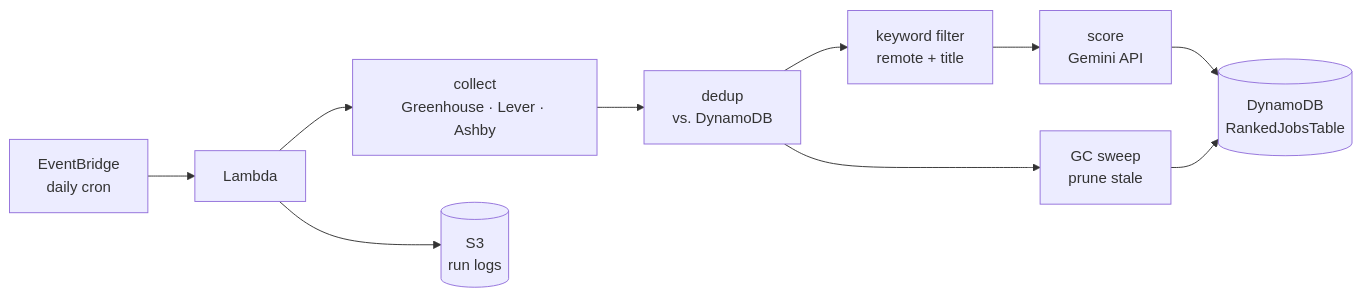
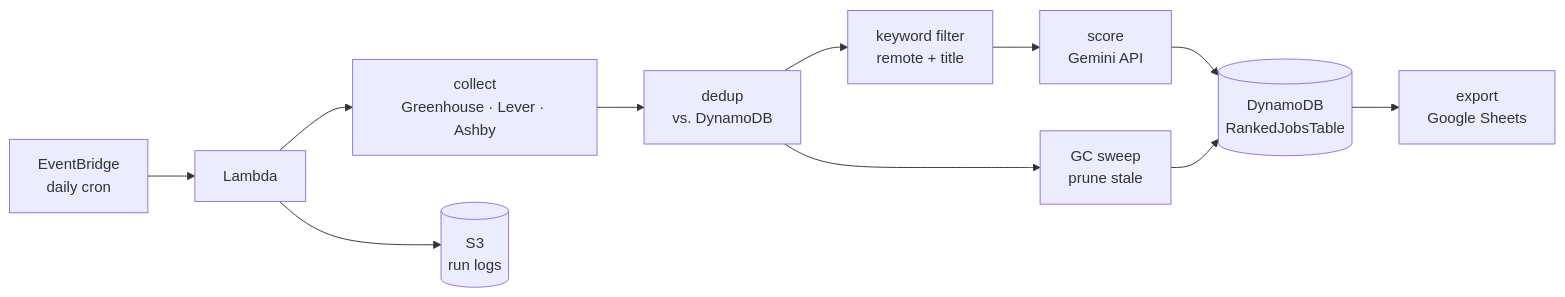
Before and after one commit to scottw0173/JobFinder: the diagram in README.md, drawn with Mermaid. The commit also changed other lines of this file, not shown here.

````diff
--- a/README.md
+++ b/README.md
@@ -11,12 +11,13 @@
 ```mermaid
 flowchart LR
     A[EventBridge<br/>daily cron] --> B[Lambda]
     B --> C[collect<br/>Greenhouse · Lever · Ashby]
     C --> D[dedup<br/>vs. DynamoDB]
     D --> E[GC sweep<br/>prune stale]
     D --> F[keyword filter<br/>remote + title]
     F --> G[score<br/>Gemini API]
     G --> H[(DynamoDB<br/>RankedJobsTable)]
     E --> H
+    H --> J[export<br/>Google Sheets]
     B --> I[(S3<br/>run logs)]
 ```
````
